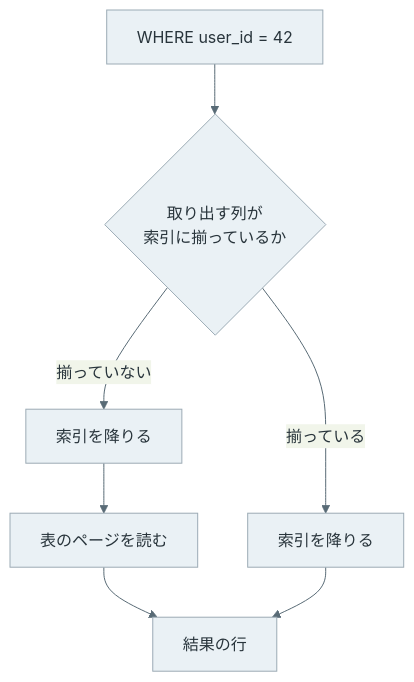
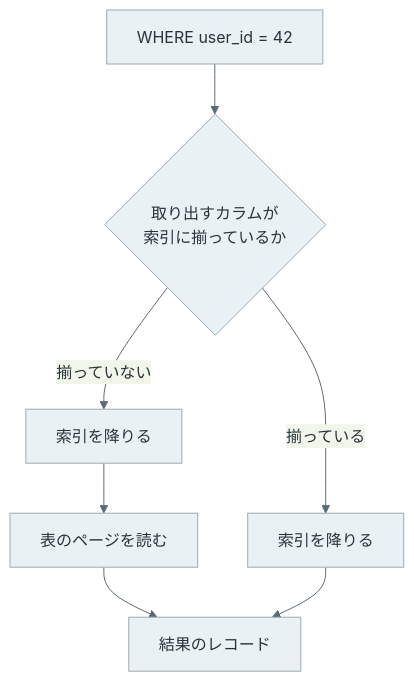
The fourth of 8 diagrams in content/notes/database-systems/index-scan/index.md (nao1215/debimate), drawn with Mermaid before and after one commit. The commit also changed other lines of this file and 125 other files, not shown here.

````diff
--- a/content/notes/database-systems/index-scan/index.md
+++ b/content/notes/database-systems/index-scan/index.md
@@ -179,11 +196,11 @@
 ```mermaid
 %%{init: {"theme":"base","themeVariables":{"primaryColor":"#eaf1f5","primaryTextColor":"#28343b","primaryBorderColor":"#9cabb5","lineColor":"#596b76","textColor":"#28343b","actorBkg":"#eaf1f5","actorBorder":"#9cabb5","actorTextColor":"#28343b","actorLineColor":"#9cabb5","signalColor":"#596b76","signalTextColor":"#28343b","noteBkgColor":"#f7f1e5","noteBorderColor":"#c5b99b","noteTextColor":"#403c32","activationBkgColor":"#edf3ef","activationBorderColor":"#9aafa1"}}}%%
 flowchart TB
-    Q["WHERE user_id = 42"] --> D{"取り出す列が<br/>索引に揃っているか"}
+    Q["WHERE user_id = 42"] --> D{"取り出すカラムが<br/>索引に揃っているか"}
     D -->|"揃っていない"| A1["索引を降りる"]
     A1 --> A2["表のページを読む"]
-    A2 --> R["結果の行"]
+    A2 --> R["結果のレコード"]
     D -->|"揃っている"| B1["索引を降りる"]
     B1 --> R
     classDef default fill:#eaf1f5,stroke:#9cabb5,color:#28343b;
 ```
````
